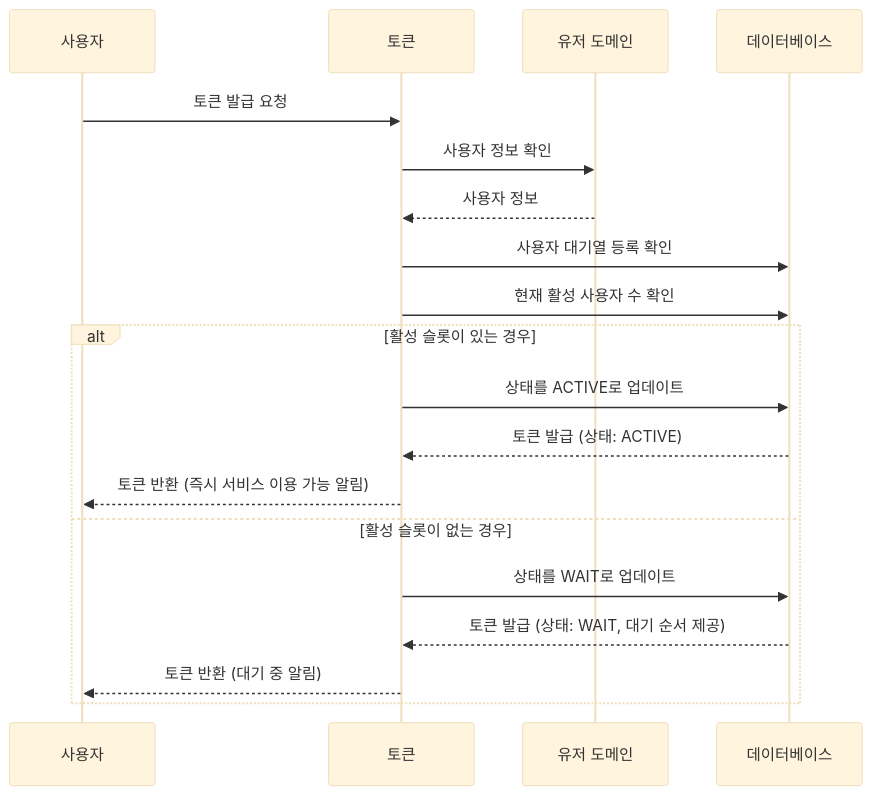
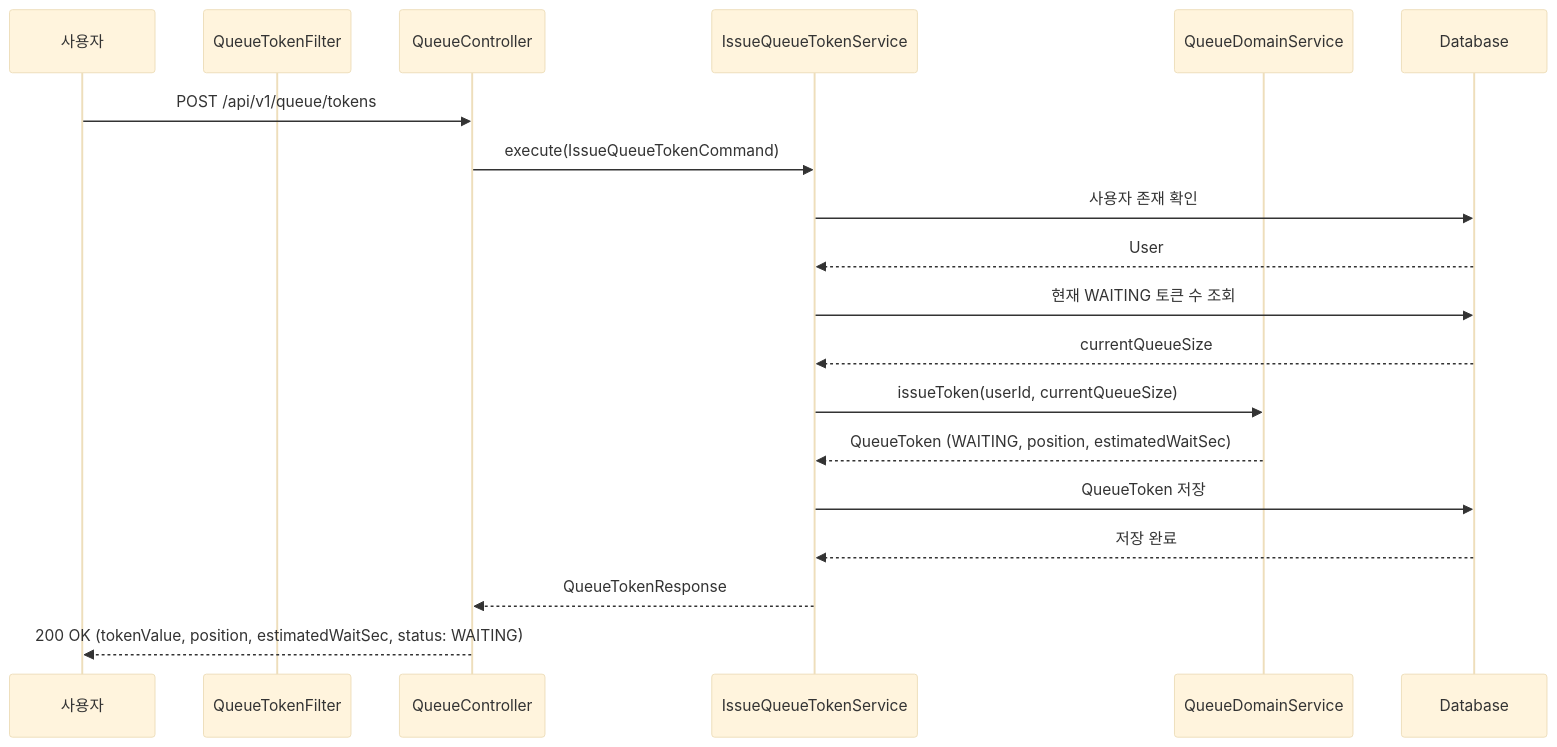
The first of 10 diagrams in docs/02_SequenceDiagram.md (jhwon91/concert-reservation-system), drawn with Mermaid (base theme) before and after one commit. The commit also changed other lines of this file and 4 other files, not shown here.

````diff
--- a/docs/02_SequenceDiagram.md
+++ b/docs/02_SequenceDiagram.md
@@ -14,27 +8,22 @@
 ```mermaid
- sequenceDiagram
+sequenceDiagram
+    participant Client as 사용자
+    participant Filter as QueueTokenFilter
+    participant Controller as QueueController
+    participant Service as IssueQueueTokenService
+    participant Domain as QueueDomainService
+    participant DB as Database
 
-    participant Client as 사용자
-    participant tokenDomain as 토큰
-    participant UserDomain as 유저 도메인
-    participant Database as 데이터베이스
-
-    Client->>tokenDomain: 토큰 발급 요청
-    tokenDomain->>UserDomain: 사용자 정보 확인
-    UserDomain-->>tokenDomain: 사용자 정보
-
-    tokenDomain->>Database: 사용자 대기열 등록 확인
-    tokenDomain->>Database: 현재 활성 사용자 수 확인
-    
-    alt 활성 슬롯이 있는 경우
-        tokenDomain->>Database: 상태를 ACTIVE로 업데이트
-        Database-->>tokenDomain: 토큰 발급 (상태: ACTIVE)
-        tokenDomain-->>Client: 토큰 반환 (즉시 서비스 이용 가능 알림)
-    else 활성 슬롯이 없는 경우
-        tokenDomain->>Database: 상태를 WAIT로 업데이트
-        Database-->>tokenDomain: 토큰 발급 (상태: WAIT, 대기 순서 제공)
-        tokenDomain-->>Client: 토큰 반환 (대기 중 알림)
-    end
-
-
+    Client->>Controller: POST /api/v1/queue/tokens
+    Controller->>Service: execute(IssueQueueTokenCommand)
+    Service->>DB: 사용자 존재 확인
+    DB-->>Service: User
+    Service->>DB: 현재 WAITING 토큰 수 조회
+    DB-->>Service: currentQueueSize
+    Service->>Domain: issueToken(userId, currentQueueSize)
+    Domain-->>Service: QueueToken (WAITING, position, estimatedWaitSec)
+    Service->>DB: QueueToken 저장
+    DB-->>Service: 저장 완료
+    Service-->>Controller: QueueTokenResponse
+    Controller-->>Client: 200 OK (tokenValue, position, estimatedWaitSec, status: WAITING)
 ```
````
